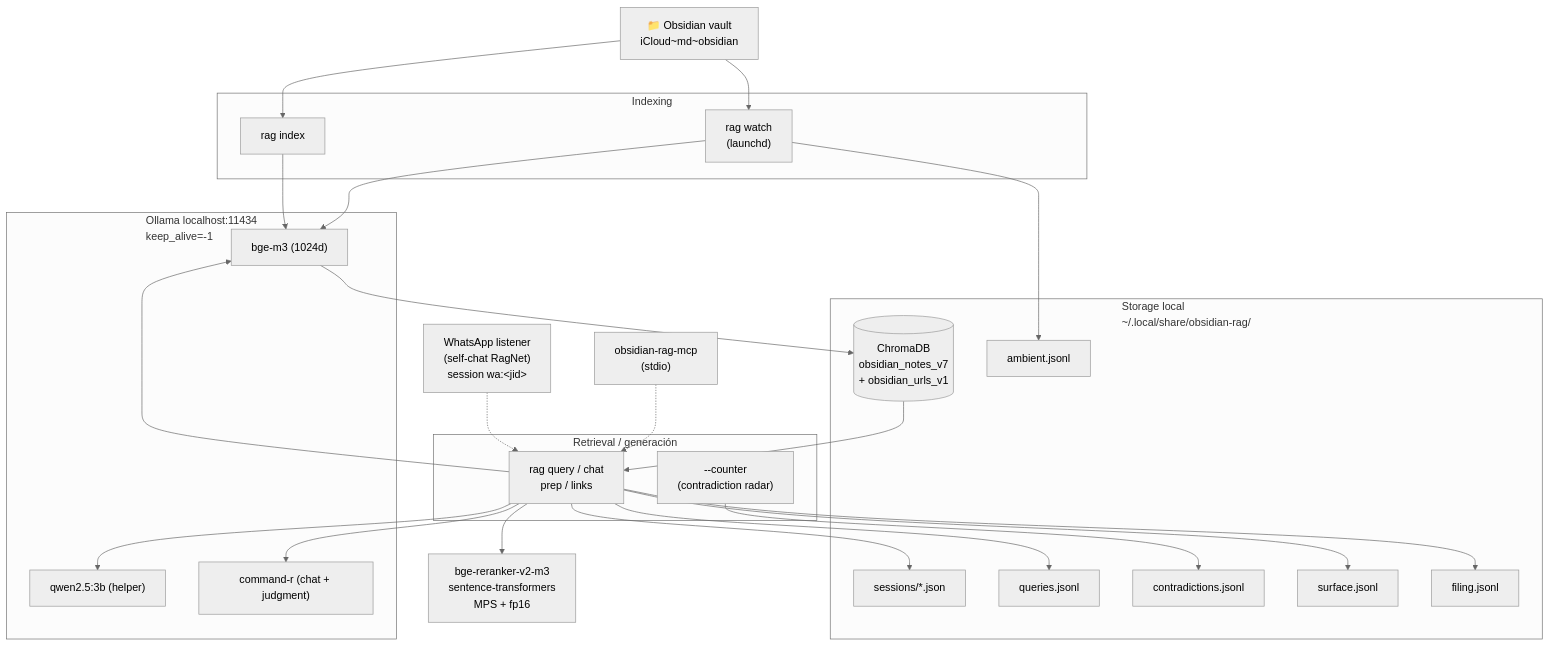
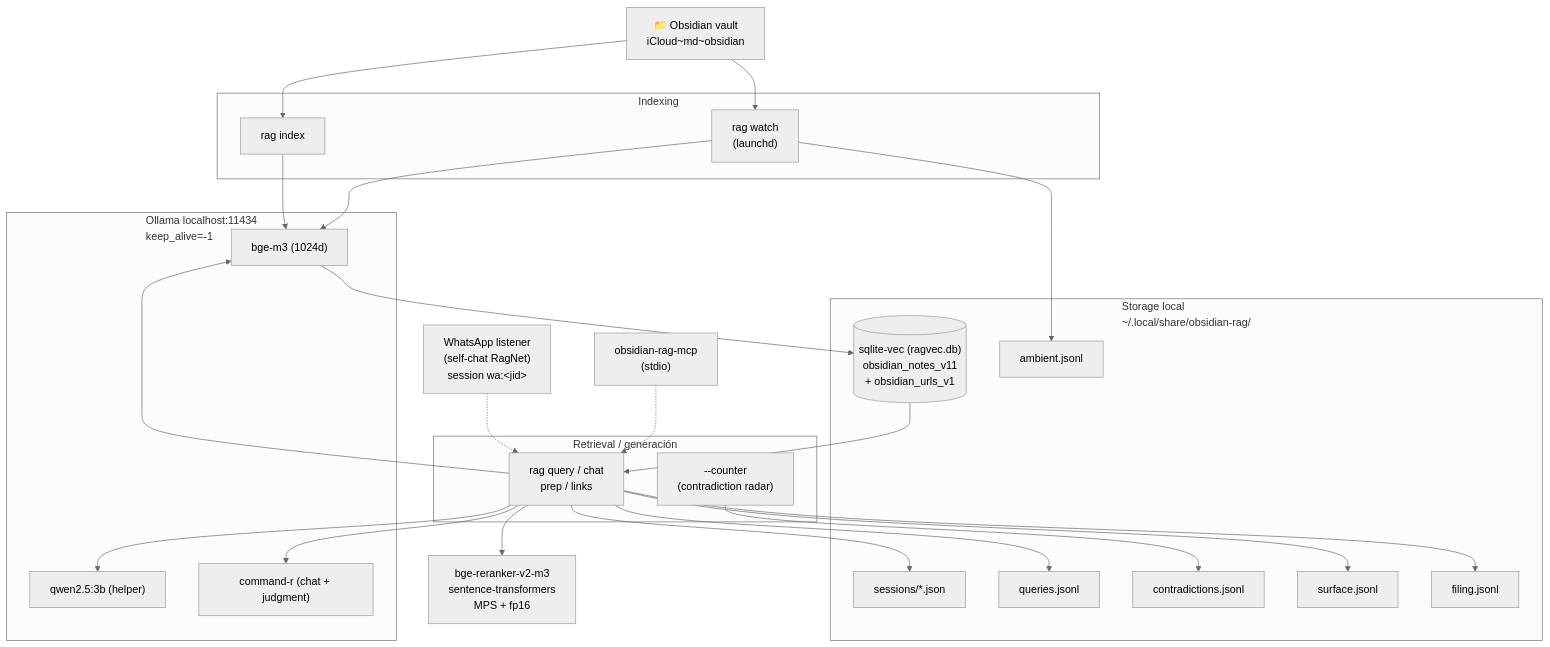
Before and after one commit to jagoff/rag-obsidian: the diagram in docs/diagrams/system-overview.mmd, drawn with Mermaid (neutral theme). The commit also changed 53 other files, not shown here.

```diff
--- a/docs/diagrams/system-overview.mmd
+++ b/docs/diagrams/system-overview.mmd
@@ -1,46 +1,46 @@
 graph TD
     Vault["📁 Obsidian vault<br/>iCloud~md~obsidian"]
 
     subgraph IDX["Indexing"]
         Watch["rag watch<br/>(launchd)"]
         IndexCmd["rag index"]
     end
 
     subgraph DB["Storage local<br/>~/.local/share/obsidian-rag/"]
-        Chroma[("ChromaDB<br/>obsidian_notes_v7<br/>+ obsidian_urls_v1")]
+        Vec[("sqlite-vec (ragvec.db)<br/>obsidian_notes_v11<br/>+ obsidian_urls_v1")]
         Sessions["sessions/*.json"]
         QLog["queries.jsonl"]
         CLog["contradictions.jsonl"]
         ALog["ambient.jsonl"]
         SLog["surface.jsonl"]
         FLog["filing.jsonl"]
     end
 
     subgraph RT["Retrieval / generación"]
         Query["rag query / chat<br/>prep / links"]
         Counter["--counter<br/>(contradiction radar)"]
     end
 
     subgraph Ollama["Ollama localhost:11434<br/>keep_alive=-1"]
         Embed["bge-m3 (1024d)"]
         Helper["qwen2.5:3b (helper)"]
         Chat["command-r (chat + judgment)"]
     end
 
     Reranker["bge-reranker-v2-m3<br/>sentence-transformers<br/>MPS + fp16"]
 
     Vault --> Watch & IndexCmd
     Watch & IndexCmd --> Embed
-    Embed --> Chroma
+    Embed --> Vec
     Query --> Embed
     Query --> Helper
     Query --> Reranker
     Query --> Chat
-    Chroma --> Query
+    Vec --> Query
     Query --> Sessions & QLog
     Counter --> CLog
     Watch --> ALog
     Query --> SLog & FLog
 
     MCP["obsidian-rag-mcp<br/>(stdio)"] -.-> Query
     WA["WhatsApp listener<br/>(self-chat RagNet)<br/>session wa:&lt;jid&gt;"] -.-> Query
```
